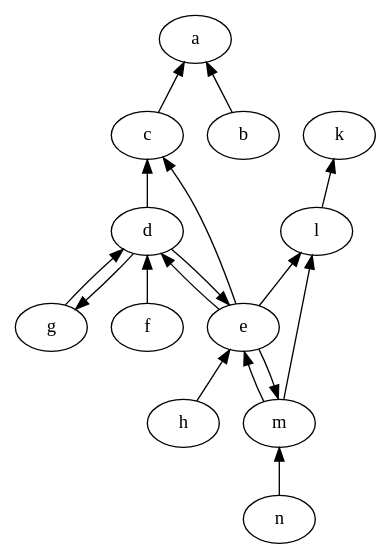
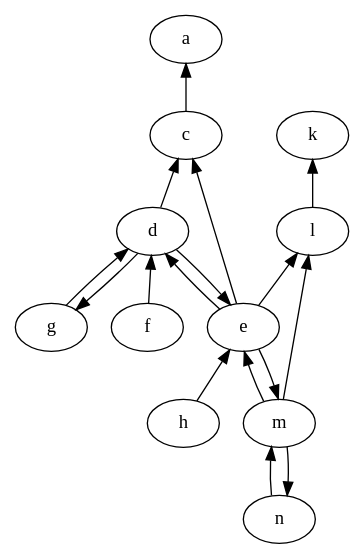
One commit to idaks/Games-and-Argumentation changed the diagram in XLoKR-2023/vanilla_version/output/plain_graph_reverse.dot. Above: the diagram before and after it, drawn with Graphviz. The commit also changed 12 other files, not shown here.

```diff
--- a/XLoKR-2023/vanilla_version/output/plain_graph_reverse.dot
+++ b/XLoKR-2023/vanilla_version/output/plain_graph_reverse.dot
@@ -1,18 +1,18 @@
 strict digraph "" {
-	a -> b	[dir=back];
 	a -> c	[dir=back];
 	c -> d	[dir=back];
 	c -> e	[dir=back];
 	d -> e	[dir=back];
 	d -> f	[dir=back];
 	d -> g	[dir=back];
 	e -> d	[dir=back];
 	e -> m	[dir=back];
 	e -> h	[dir=back];
 	k -> l	[dir=back];
 	l -> e	[dir=back];
 	l -> m	[dir=back];
 	m -> e	[dir=back];
 	m -> n	[dir=back];
 	g -> d	[dir=back];
+	n -> m	[dir=back];
 }
```
